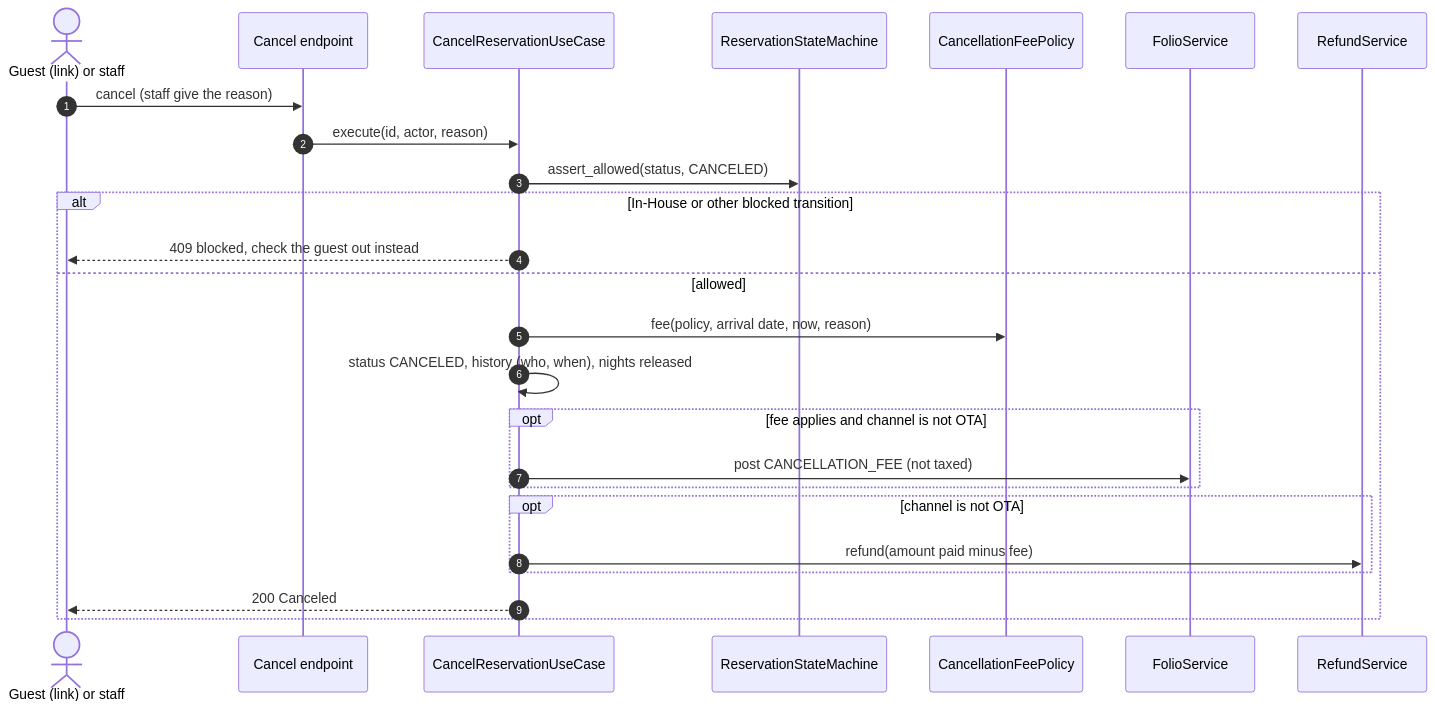
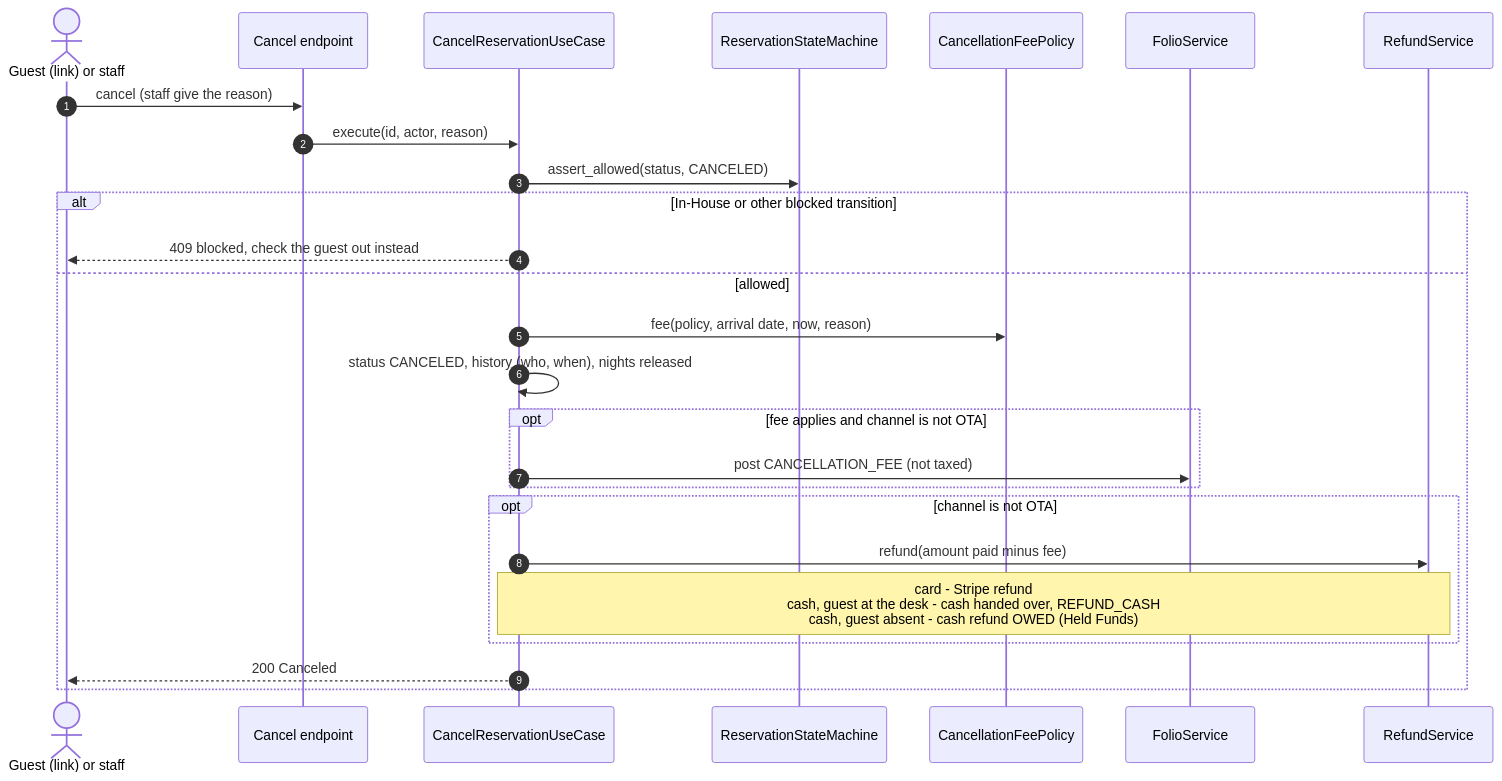
The fourth of 5 diagrams in docs/Initial Requirements/Diagrams/US-11 - Reservation Lifecycle Management.md (BraceroInSabot/Motel-Starmie), drawn with Mermaid before and after one commit. The commit also changed other lines of this file and 15 other files, not shown here.

````diff
--- a/docs/Initial Requirements/Diagrams/US-11 - Reservation Lifecycle Management.md
+++ b/docs/Initial Requirements/Diagrams/US-11 - Reservation Lifecycle Management.md
@@ -276,28 +295,29 @@
 ```mermaid
 sequenceDiagram
     autonumber
     actor Who as Guest (link) or staff
     participant View as Cancel endpoint
     participant UC as CancelReservationUseCase
     participant SM as ReservationStateMachine
     participant Fee as CancellationFeePolicy
     participant Folio as FolioService
     participant Refund as RefundService
 
     Who->>View: cancel (staff give the reason)
     View->>UC: execute(id, actor, reason)
     UC->>SM: assert_allowed(status, CANCELED)
     alt In-House or other blocked transition
         UC-->>Who: 409 blocked, check the guest out instead
     else allowed
         UC->>Fee: fee(policy, arrival date, now, reason)
         UC->>UC: status CANCELED, history (who, when), nights released
         opt fee applies and channel is not OTA
             UC->>Folio: post CANCELLATION_FEE (not taxed)
         end
         opt channel is not OTA
             UC->>Refund: refund(amount paid minus fee)
+            Note over UC,Refund: card - Stripe refund<br/>cash, guest at the desk - cash handed over, REFUND_CASH<br/>cash, guest absent - cash refund OWED (Held Funds)
         end
         UC-->>Who: 200 Canceled
     end
 ```
````
